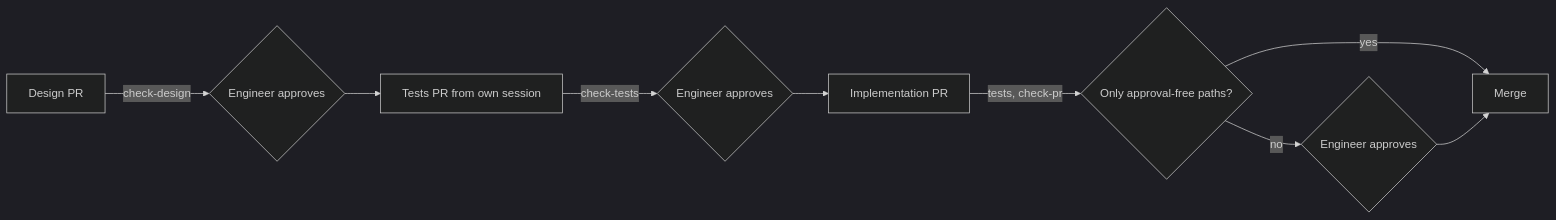
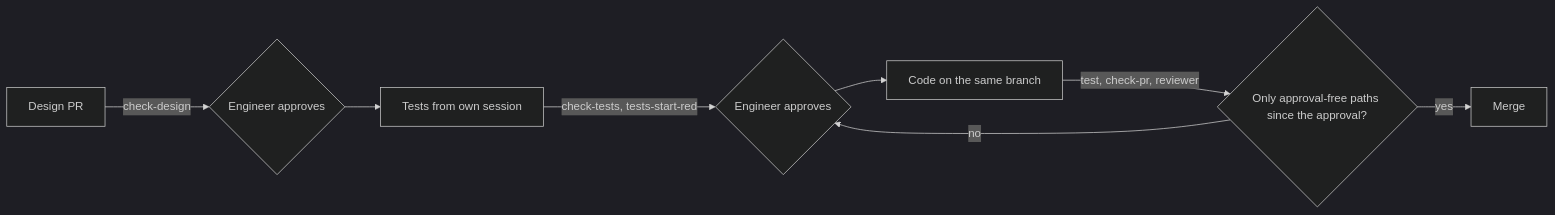
Before and after one commit to HannesT117/software-factory: the diagram in docs/increments/02-trust-core/design.md, drawn with Mermaid (dark theme). The commit also changed other lines of this file, not shown here.

First line of the commit message:
Bring tests and their code to main together

````diff
--- a/docs/increments/02-trust-core/design.md
+++ b/docs/increments/02-trust-core/design.md
@@ -27,11 +27,10 @@
 ```mermaid
 flowchart LR
   A[Design PR] -->|check-design| B{Engineer approves}
-  B --> C[Tests PR from own session]
-  C -->|check-tests| D{Engineer approves}
-  D --> E[Implementation PR]
-  E -->|tests, check-pr| F{Only approval-free paths?}
+  B --> C[Tests from own session]
+  C -->|check-tests, tests-start-red| D{Engineer approves}
+  D --> E[Code on the same branch]
+  E -->|test, check-pr, reviewer| F{Only approval-free paths since the approval?}
   F -->|yes| G[Merge]
-  F -->|no| H{Engineer approves}
-  H --> G
+  F -->|no| D
 ```
````
